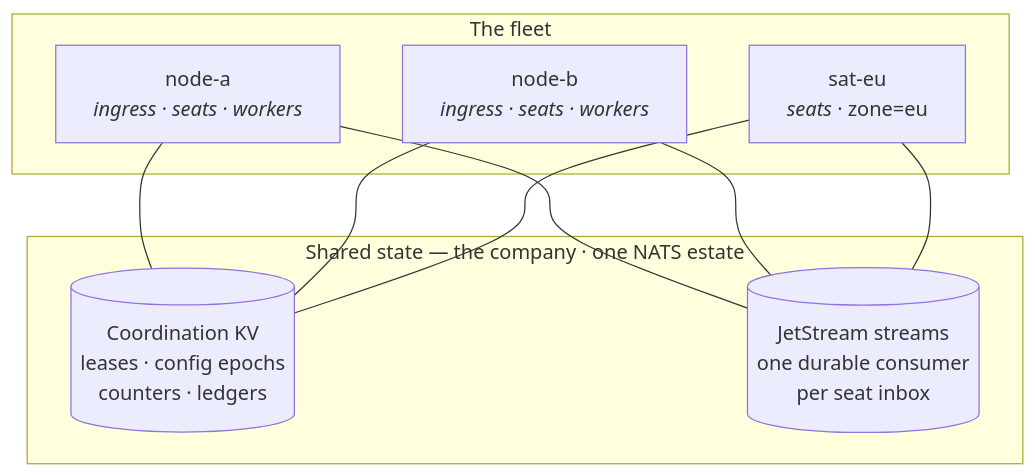
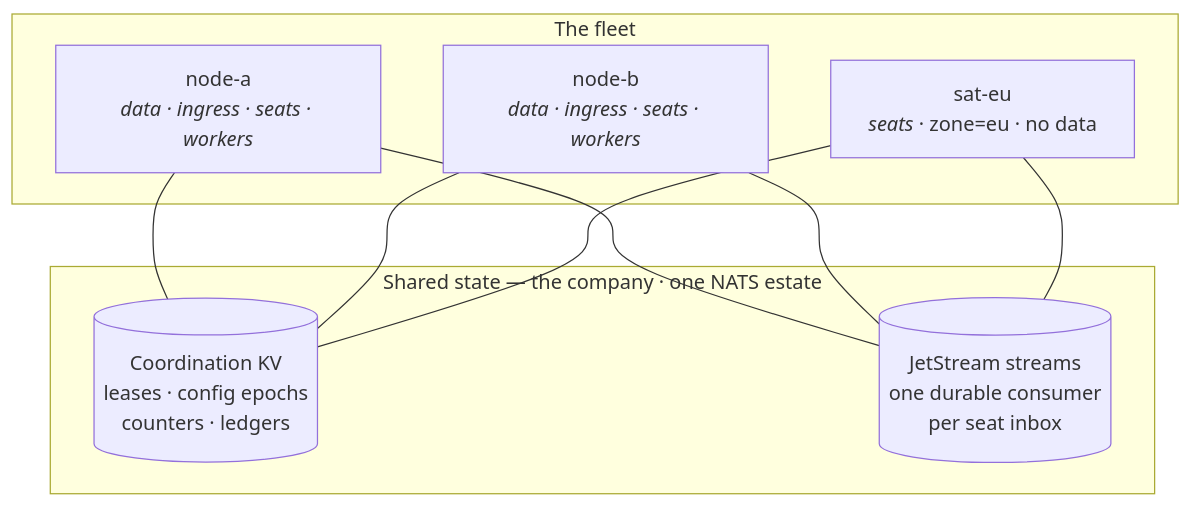
The diagram in docs/concepts/scaling.md (crewlet/crewlet), drawn with Mermaid before and after one commit. The commit also changed other lines of this file and 67 other files, not shown here.

````diff
--- a/docs/concepts/scaling.md
+++ b/docs/concepts/scaling.md
@@ -39,18 +40,18 @@
 ```mermaid
 flowchart TB
     subgraph fleet["The fleet"]
-        N1["node-a<br/><i>ingress · seats · workers</i>"]
-        N2["node-b<br/><i>ingress · seats · workers</i>"]
-        N3["sat-eu<br/><i>seats</i> · zone=eu"]
+        N1["node-a<br/><i>data · ingress · seats · workers</i>"]
+        N2["node-b<br/><i>data · ingress · seats · workers</i>"]
+        N3["sat-eu<br/><i>seats</i> · zone=eu · no data"]
     end
     subgraph shared["Shared state — the company · one NATS estate"]
         KV[("Coordination KV<br/>leases · config epochs<br/>counters · ledgers")]
         MQ[("JetStream streams<br/>one durable consumer<br/>per seat inbox")]
     end
     N1 --- KV
     N2 --- KV
     N3 --- KV
     N1 --- MQ
     N2 --- MQ
     N3 --- MQ
 ```
````
